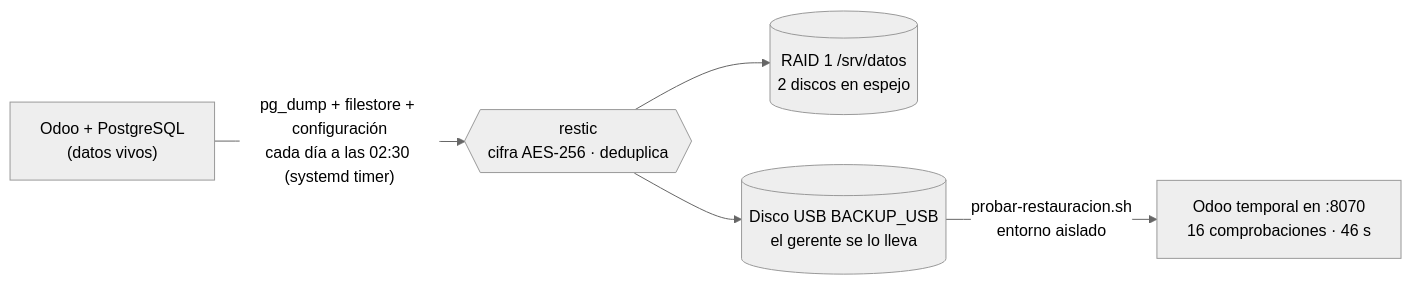
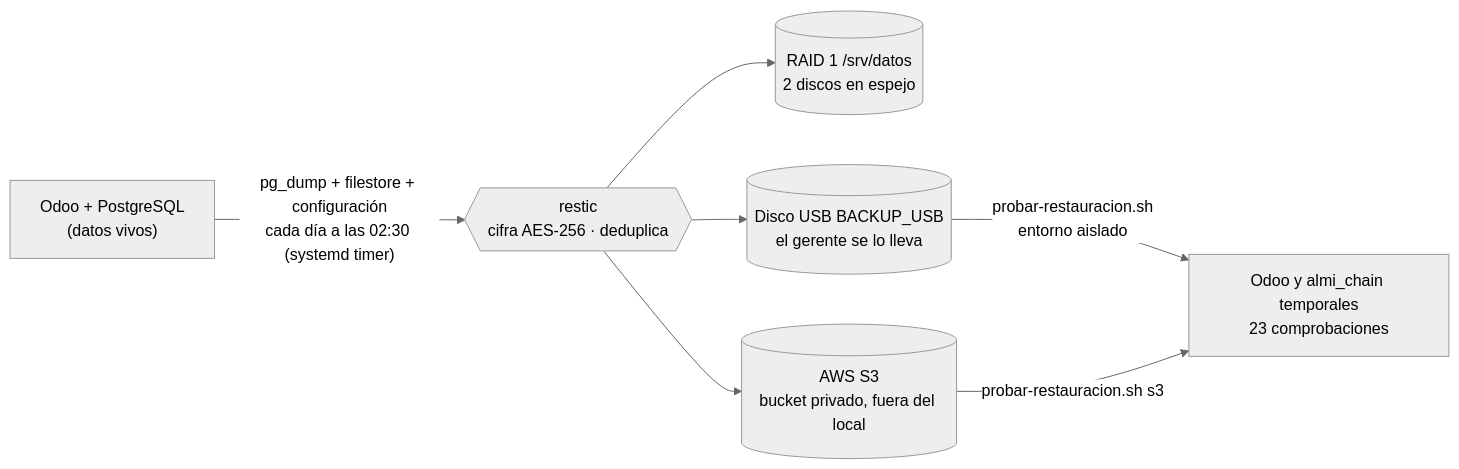
Before and after one commit to zHGx-alt/Reto-Asir: the third of 5 diagrams in LOGICA_RETO.md, drawn with Mermaid (neutral theme). The commit also changed other lines of this file and 5 other files, not shown here.

````diff
--- a/LOGICA_RETO.md
+++ b/LOGICA_RETO.md
@@ -273,7 +313,9 @@
 ```mermaid
 flowchart LR
     ODOO["Odoo + PostgreSQL<br/>(datos vivos)"] -- "pg_dump + filestore + configuración<br/>cada día a las 02:30 (systemd timer)" --> RESTIC{{"restic<br/>cifra AES-256 · deduplica"}}
     RESTIC --> RAID[("RAID 1 /srv/datos<br/>2 discos en espejo")]
     RESTIC --> USB[("Disco USB BACKUP_USB<br/>el gerente se lo lleva")]
-    USB -- "probar-restauracion.sh<br/>entorno aislado" --> PRUEBA["Odoo temporal en :8070<br/>16 comprobaciones · 46 s"]
+    RESTIC --> S3[("AWS S3<br/>bucket privado, fuera del local")]
+    USB -- "probar-restauracion.sh<br/>entorno aislado" --> PRUEBA["Odoo y almi_chain temporales<br/>23 comprobaciones"]
+    S3 -- "probar-restauracion.sh s3" --> PRUEBA
 ```
````
